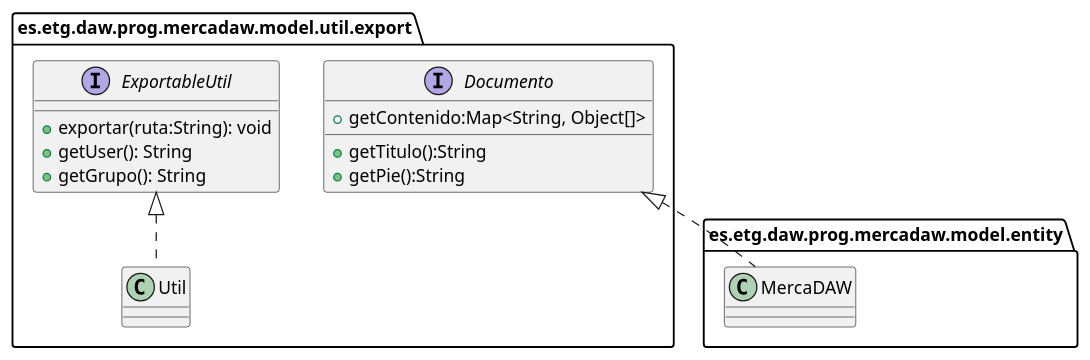
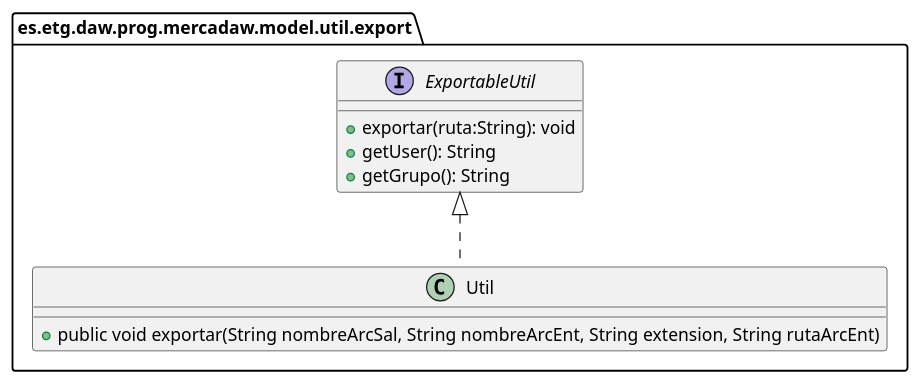
The diagram in design/Clases/ClasesExport.pu (dmadcha/mercadaw_trabajo_ev3), drawn with PlantUML before and after one commit. The commit also changed 2 other files, not shown here.

```diff
--- a/design/Clases/ClasesExport.pu
+++ b/design/Clases/ClasesExport.pu
@@ -1,33 +1,25 @@
 @startuml export
 
 set separator none
 package es.etg.daw.prog.mercadaw.model.util.export{
 
 
     class Util{
-
+        +  public void exportar(String nombreArcSal, String nombreArcEnt, String extension, String rutaArcEnt)
     }
 
     interface ExportableUtil{
 
         + exportar(ruta:String): void
         + getUser(): String
         + getGrupo(): String
     }
 
-    interface Documento{
-        + getContenido:Map<String, Object[]>
-        + getTitulo():String
-        + getPie():String
-    }
-}
 
-package es.etg.daw.prog.mercadaw.model.entity{
-    class MercaDAW
 }
 
 
 ExportableUtil <|.. Util
-Documento <|.. MercaDAW
+
 
 @enduml
```
